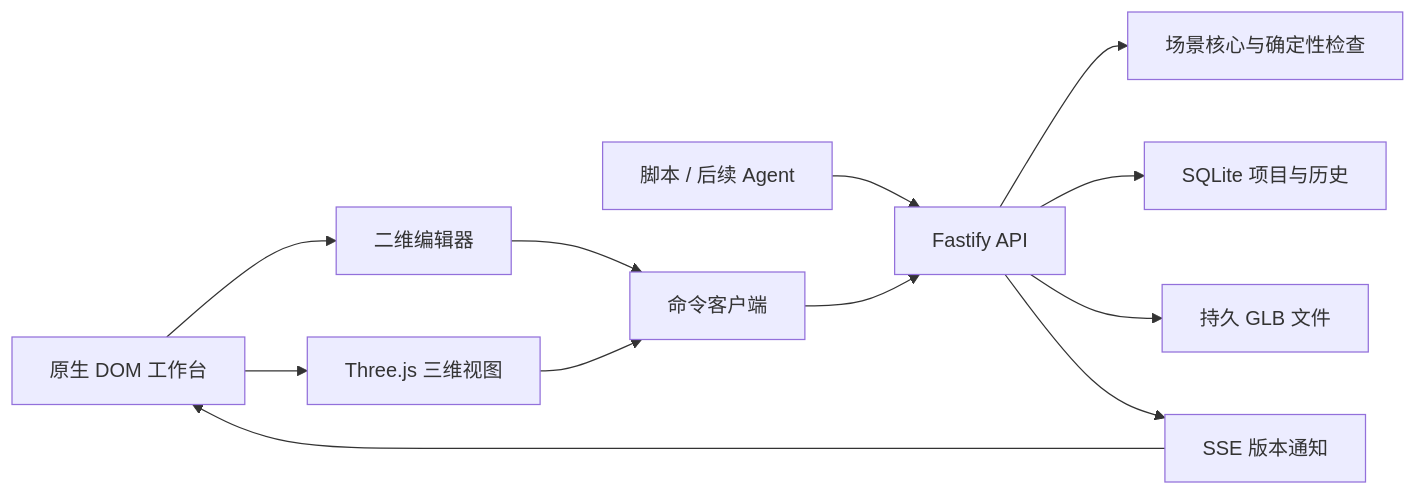
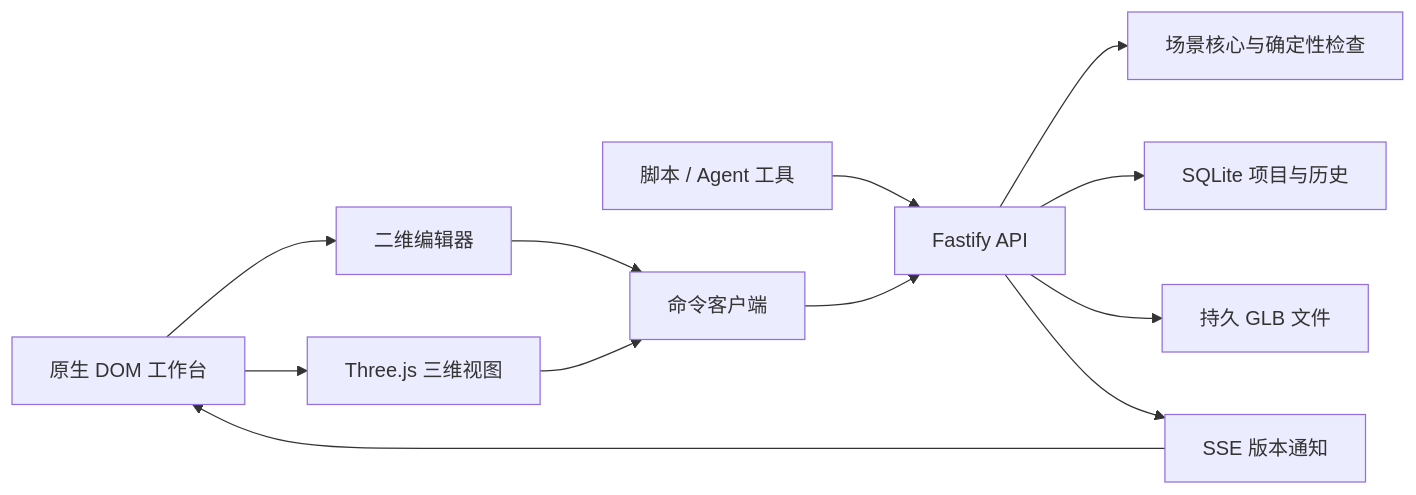
Before and after one commit to xixi501/3D-design-agent: the first of 2 diagrams in docs/ARCHITECTURE.md, drawn with Mermaid. The commit also changed other lines of this file and 99 other files, not shown here.

````diff
--- a/docs/ARCHITECTURE.md
+++ b/docs/ARCHITECTURE.md
@@ -3,14 +3,14 @@
 ```mermaid
 flowchart LR
   UI[原生 DOM 工作台] --> Plan[二维编辑器]
   UI --> Render[Three.js 三维视图]
   Plan --> HTTP[命令客户端]
   Render --> HTTP
-  Tools[脚本 / 后续 Agent] --> API[Fastify API]
+  Tools[脚本 / Agent 工具] --> API[Fastify API]
   HTTP --> API
   API --> Core[场景核心与确定性检查]
   API --> Store[SQLite 项目与历史]
   API --> Assets[持久 GLB 文件]
   API --> SSE[SSE 版本通知]
   SSE --> UI
 ```
````
